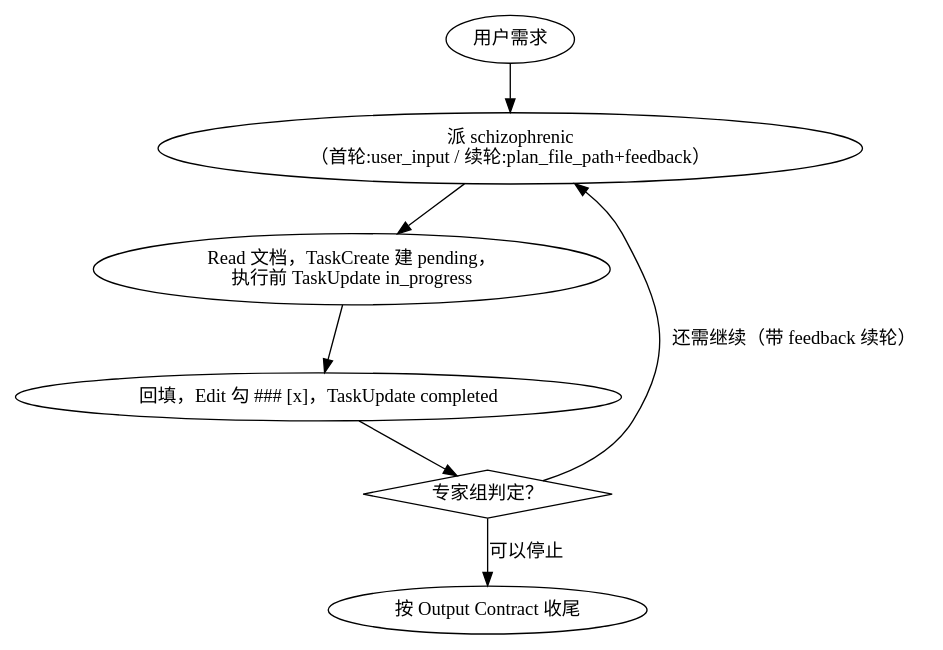
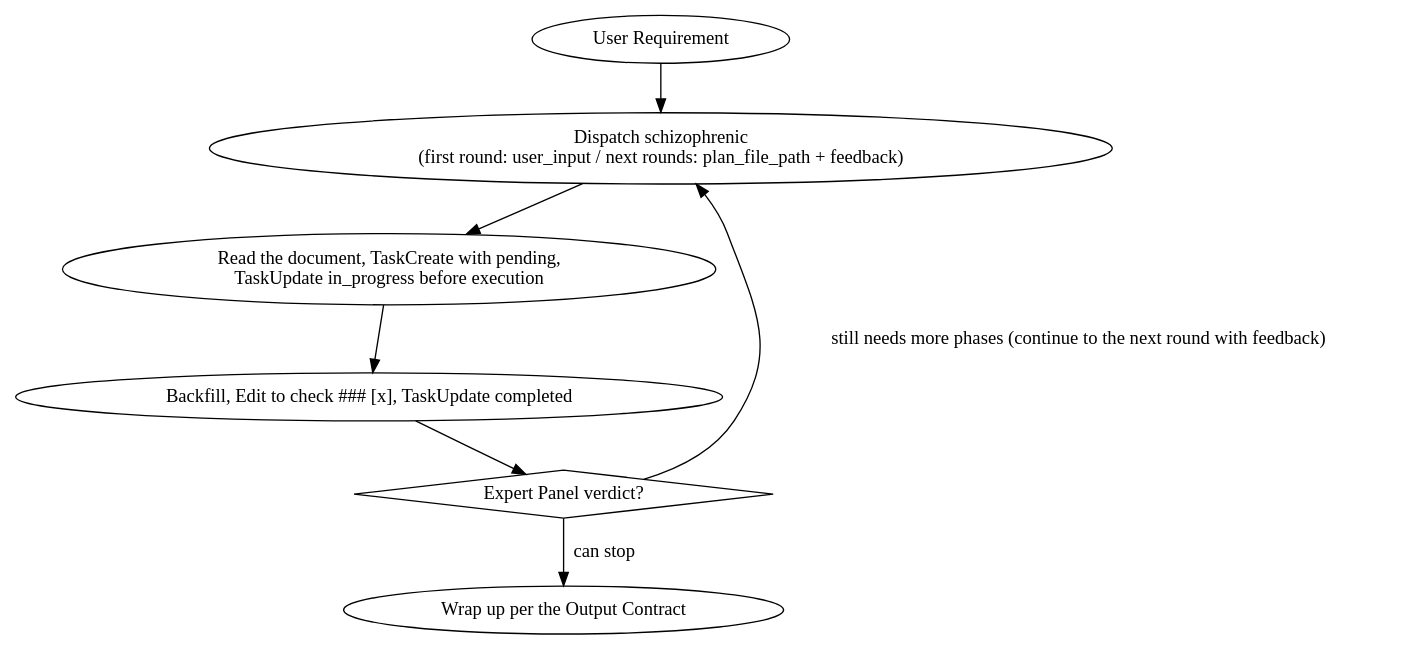
The diagram in skills/dynamic-loop/SKILL.md (zhaoyshine/looppower), drawn with Graphviz before and after one commit. The commit also changed other lines of this file and 11 other files, not shown here.

````diff
--- a/skills/dynamic-loop/SKILL.md
+++ b/skills/dynamic-loop/SKILL.md
@@ -80,14 +81,14 @@
 ```dot
 digraph {
   rankdir=TB;
-  in [label="用户需求"];
-  plan [label="派 schizophrenic\n（首轮:user_input / 续轮:plan_file_path+feedback）"];
-  exec [label="Read 文档，TaskCreate 建 pending，\n执行前 TaskUpdate in_progress"];
-  fill [label="回填，Edit 勾 ### [x]，TaskUpdate completed"];
-  cont [label="专家组判定？", shape=diamond];
-  done [label="按 Output Contract 收尾"];
+  in [label="User Requirement"];
+  plan [label="Dispatch schizophrenic\n(first round: user_input / next rounds: plan_file_path + feedback)"];
+  exec [label="Read the document, TaskCreate with pending,\nTaskUpdate in_progress before execution"];
+  fill [label="Backfill, Edit to check ### [x], TaskUpdate completed"];
+  cont [label="Expert Panel verdict?", shape=diamond];
+  done [label="Wrap up per the Output Contract"];
   in -> plan -> exec -> fill -> cont;
-  cont -> plan [label="还需继续（带 feedback 续轮）"];
-  cont -> done [label="可以停止"];
+  cont -> plan [label="still needs more phases (continue to the next round with feedback)"];
+  cont -> done [label="can stop"];
 }
 ```
````
